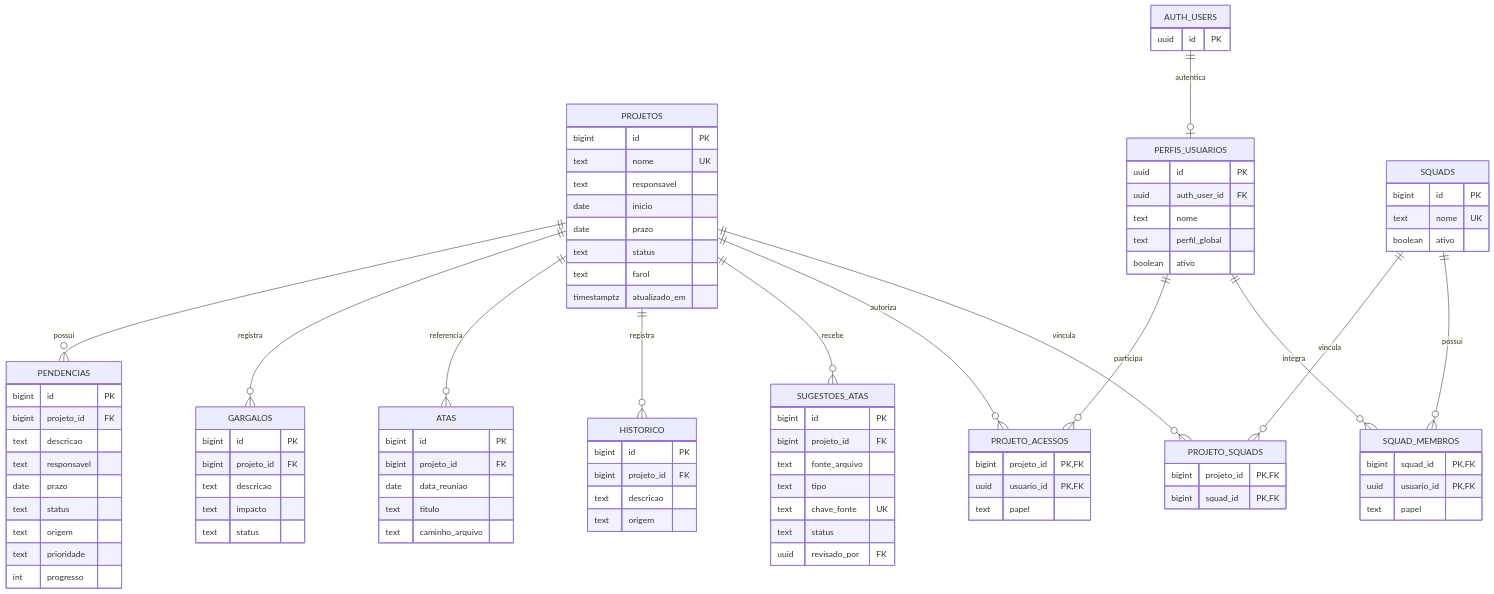
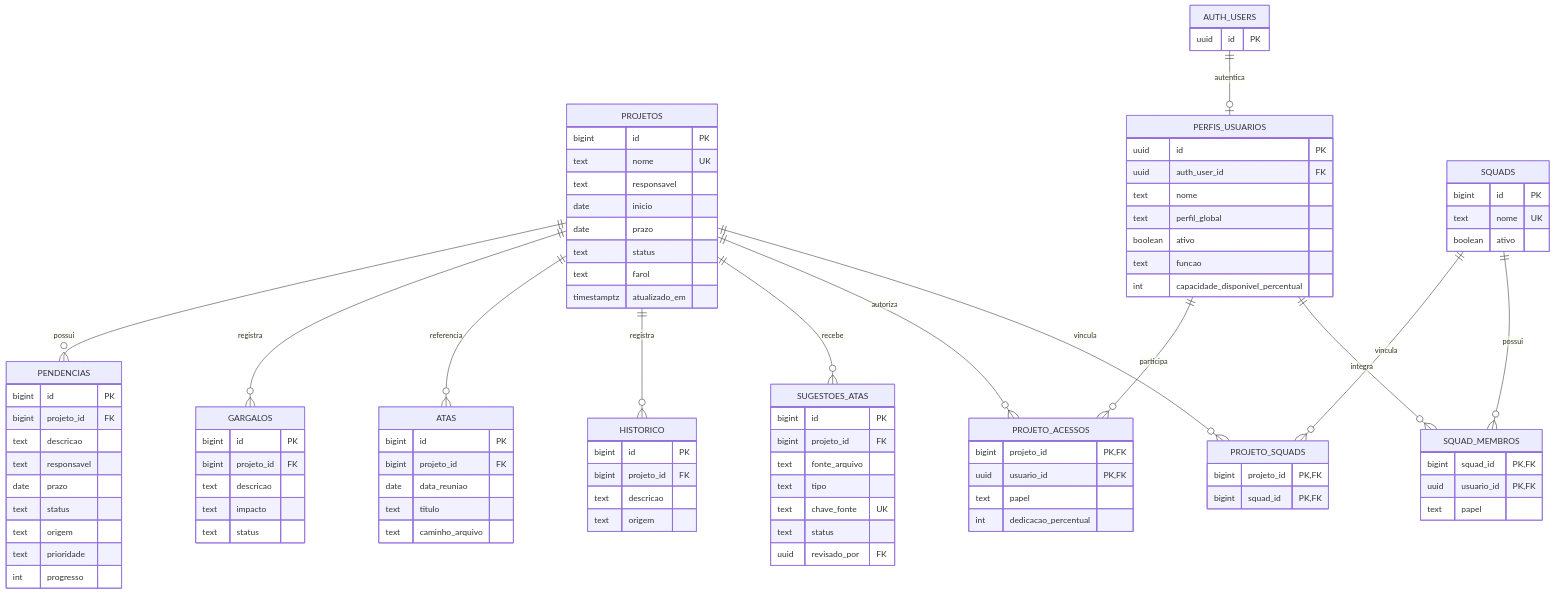
Before and after one commit to karolcastro/Reprograma_IA_Agente_de_Projetos: the first of 3 diagrams in docs/modelagem-dados.md, drawn with Mermaid. The commit also changed other lines of this file, not shown here.

Commit message:
Documentar modelo de recursos sem login e cálculo de capacidade FTE

````diff
--- a/docs/modelagem-dados.md
+++ b/docs/modelagem-dados.md
@@ -75,6 +75,8 @@
         text nome
         text perfil_global
         boolean ativo
+        text funcao
+        int capacidade_disponivel_percentual
     }
     AUTH_USERS {
         uuid id PK
@@ -97,5 +99,6 @@
         bigint projeto_id PK,FK
         uuid usuario_id PK,FK
         text papel
+        int dedicacao_percentual
     }
 ```
````
